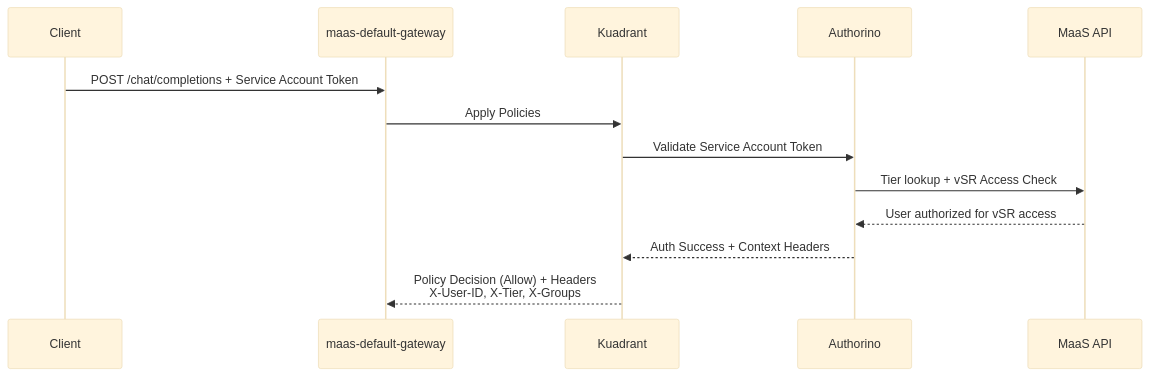
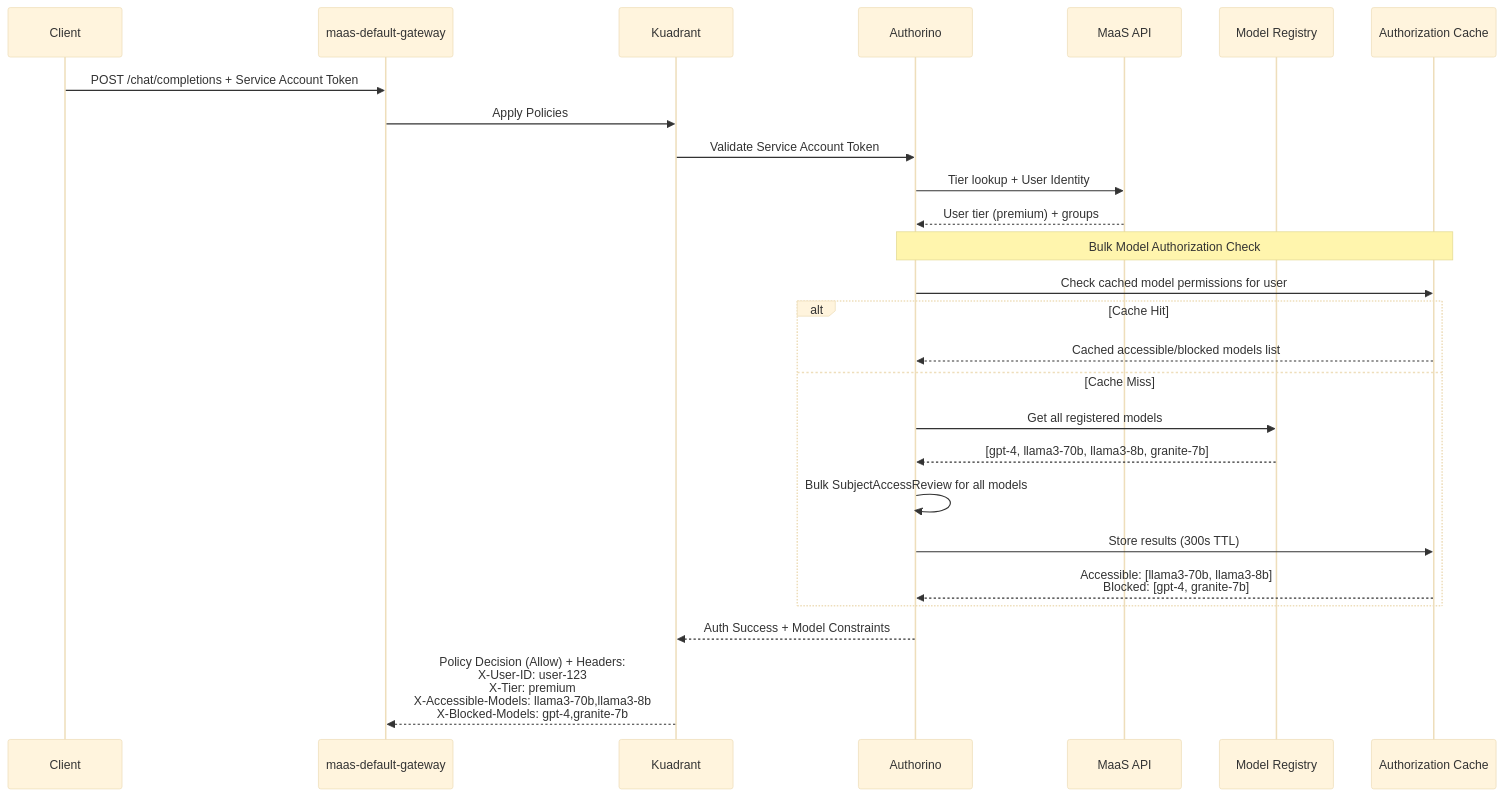
Before and after one commit to noyitz/maas-billing: diagram 12 of 18 in docs/designs/vSR-Integration/README.md, drawn with Mermaid (base theme). The commit also changed other lines of this file, not shown here.

````diff
--- a/docs/designs/vSR-Integration/README.md
+++ b/docs/designs/vSR-Integration/README.md
@@ -377,16 +545,32 @@
 ```mermaid
 sequenceDiagram
     participant Client
     participant Gateway as maas-default-gateway
     participant Kuadrant
     participant Authorino
     participant MaaSAPI as MaaS API
+    participant ModelRegistry as Model Registry
+    participant Cache as Authorization Cache
     
     Client->>Gateway: POST /chat/completions + Service Account Token
     Gateway->>Kuadrant: Apply Policies
     Kuadrant->>Authorino: Validate Service Account Token
-    Authorino->>MaaSAPI: Tier lookup + vSR Access Check
-    MaaSAPI-->>Authorino: User authorized for vSR access
-    Authorino-->>Kuadrant: Auth Success + Context Headers
-    Kuadrant-->>Gateway: Policy Decision (Allow) + Headers<br/>X-User-ID, X-Tier, X-Groups
+    Authorino->>MaaSAPI: Tier lookup + User Identity
+    MaaSAPI-->>Authorino: User tier (premium) + groups
+    
+    Note over Authorino,Cache: Bulk Model Authorization Check
+    Authorino->>Cache: Check cached model permissions for user
+    
+    alt Cache Hit
+        Cache-->>Authorino: Cached accessible/blocked models list
+    else Cache Miss
+        Authorino->>ModelRegistry: Get all registered models
+        ModelRegistry-->>Authorino: [gpt-4, llama3-70b, llama3-8b, granite-7b]
+        Authorino->>Authorino: Bulk SubjectAccessReview for all models
+        Authorino->>Cache: Store results (300s TTL)
+        Cache-->>Authorino: Accessible: [llama3-70b, llama3-8b]<br/>Blocked: [gpt-4, granite-7b]
+    end
+    
+    Authorino-->>Kuadrant: Auth Success + Model Constraints
+    Kuadrant-->>Gateway: Policy Decision (Allow) + Headers:<br/>X-User-ID: user-123<br/>X-Tier: premium<br/>X-Accessible-Models: llama3-70b,llama3-8b<br/>X-Blocked-Models: gpt-4,granite-7b
 ```
````
